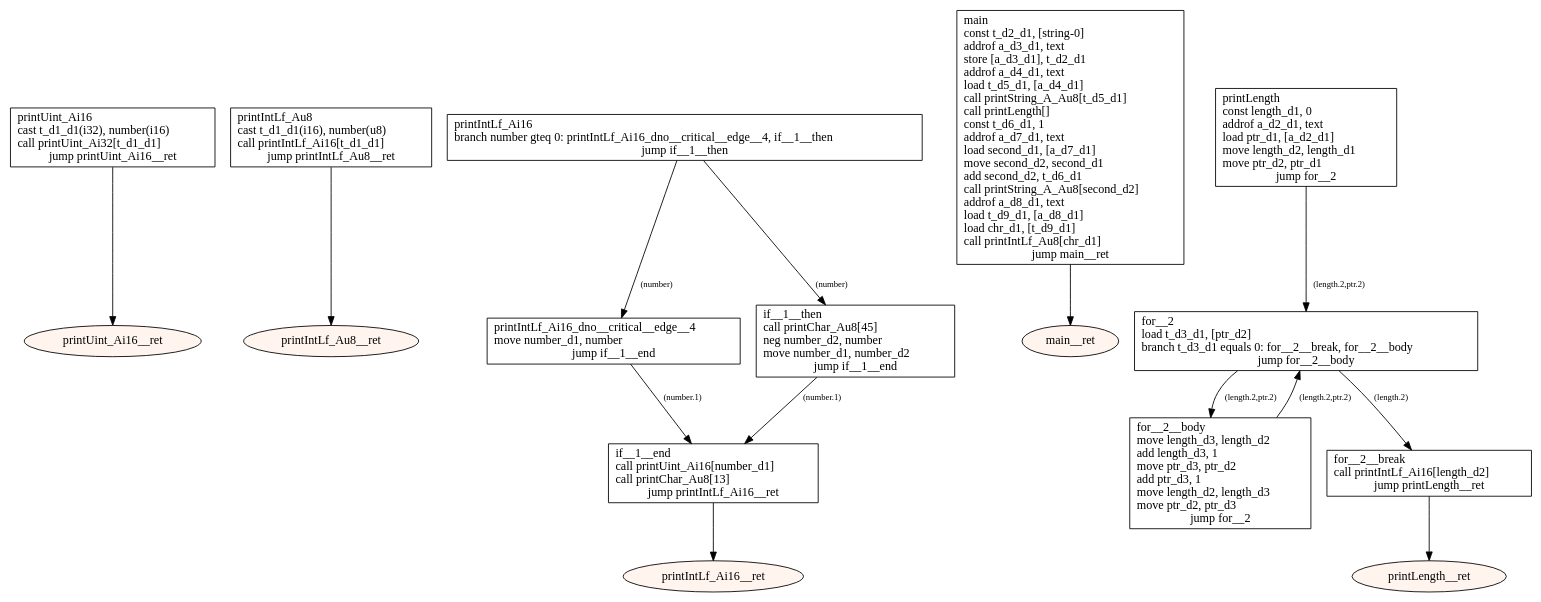
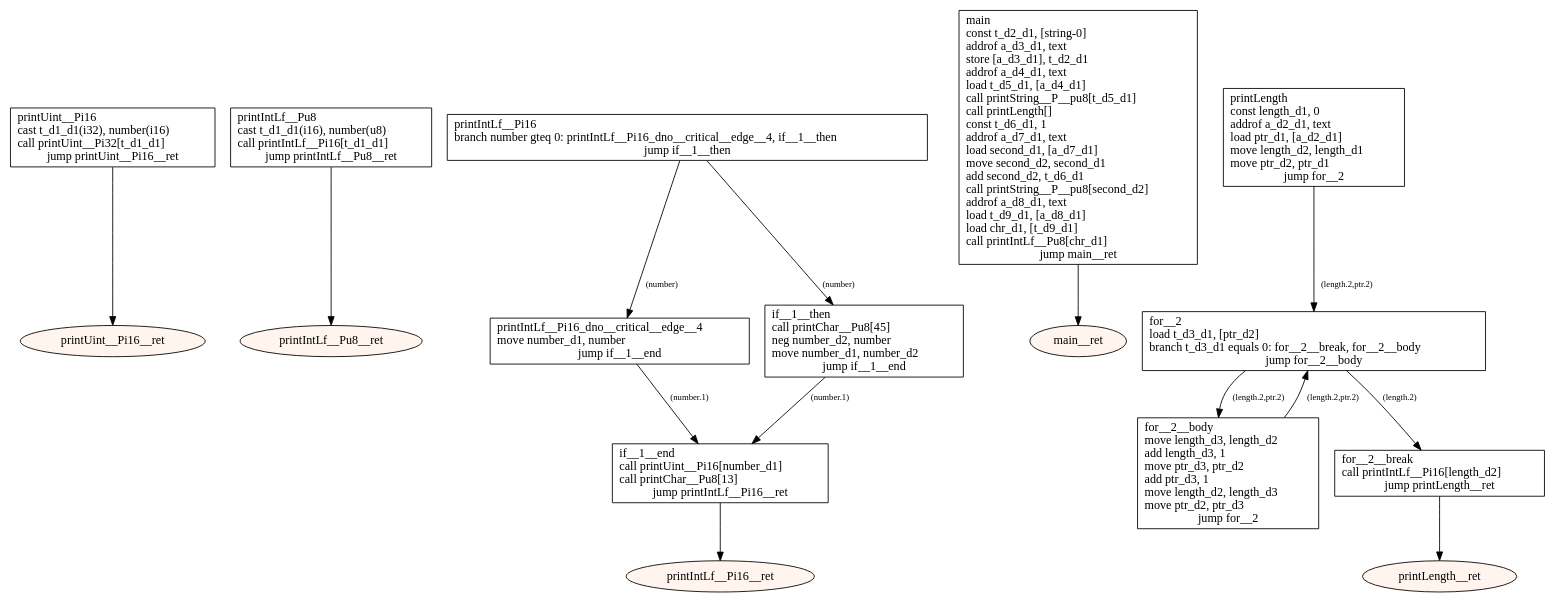
One commit to tmssngr/tinyC changed the diagram in src/main/resources-test/compiler/z8/strings.dot. Above: the diagram before and after it, drawn with Graphviz. The commit also changed 523 other files, not shown here.

```diff
--- a/src/main/resources-test/compiler/z8/strings.dot
+++ b/src/main/resources-test/compiler/z8/strings.dot
@@ -1,42 +1,42 @@
 digraph program {
 	edge[fontsize="10pt"];
-	subgraph fn_printUint_Ai16 {
-		BasicBlock_0_printUint_Ai16 [label="printUint_Ai16\lcast t_d1_d1(i32), number(i16)\lcall printUint_Ai32[t_d1_d1]\ljump printUint_Ai16__ret",shape=box];
-		BasicBlock_0_printUint_Ai16 -> BasicBlock_0_printUint_Ai16__ret;
-		BasicBlock_0_printUint_Ai16__ret [label="printUint_Ai16__ret",shape=oval,style=filled,fillcolor="#fff5ee"];
+	subgraph fn_printUint__Pi16 {
+		BasicBlock_0_printUint__Pi16 [label="printUint__Pi16\lcast t_d1_d1(i32), number(i16)\lcall printUint__Pi32[t_d1_d1]\ljump printUint__Pi16__ret",shape=box];
+		BasicBlock_0_printUint__Pi16 -> BasicBlock_0_printUint__Pi16__ret;
+		BasicBlock_0_printUint__Pi16__ret [label="printUint__Pi16__ret",shape=oval,style=filled,fillcolor="#fff5ee"];
 	}
-	subgraph fn_printIntLf_Au8 {
-		BasicBlock_1_printIntLf_Au8 [label="printIntLf_Au8\lcast t_d1_d1(i16), number(u8)\lcall printIntLf_Ai16[t_d1_d1]\ljump printIntLf_Au8__ret",shape=box];
-		BasicBlock_1_printIntLf_Au8 -> BasicBlock_1_printIntLf_Au8__ret;
-		BasicBlock_1_printIntLf_Au8__ret [label="printIntLf_Au8__ret",shape=oval,style=filled,fillcolor="#fff5ee"];
+	subgraph fn_printIntLf__Pu8 {
+		BasicBlock_1_printIntLf__Pu8 [label="printIntLf__Pu8\lcast t_d1_d1(i16), number(u8)\lcall printIntLf__Pi16[t_d1_d1]\ljump printIntLf__Pu8__ret",shape=box];
+		BasicBlock_1_printIntLf__Pu8 -> BasicBlock_1_printIntLf__Pu8__ret;
+		BasicBlock_1_printIntLf__Pu8__ret [label="printIntLf__Pu8__ret",shape=oval,style=filled,fillcolor="#fff5ee"];
 	}
-	subgraph fn_printIntLf_Ai16 {
-		BasicBlock_2_printIntLf_Ai16 [label="printIntLf_Ai16\lbranch number gteq 0: printIntLf_Ai16_dno__critical__edge__4, if__1__then\ljump if__1__then",shape=box];
-		BasicBlock_2_printIntLf_Ai16 -> BasicBlock_2_printIntLf_Ai16_dno__critical__edge__4 [label="(number)"];
-		BasicBlock_2_printIntLf_Ai16 -> BasicBlock_2_if__1__then [label="(number)"];
-		BasicBlock_2_printIntLf_Ai16_dno__critical__edge__4 [label="printIntLf_Ai16_dno__critical__edge__4\lmove number_d1, number\ljump if__1__end",shape=box];
-		BasicBlock_2_printIntLf_Ai16_dno__critical__edge__4 -> BasicBlock_2_if__1__end [label="(number.1)"];
-		BasicBlock_2_if__1__then [label="if__1__then\lcall printChar_Au8[45]\lneg number_d2, number\lmove number_d1, number_d2\ljump if__1__end",shape=box];
+	subgraph fn_printIntLf__Pi16 {
+		BasicBlock_2_printIntLf__Pi16 [label="printIntLf__Pi16\lbranch number gteq 0: printIntLf__Pi16_dno__critical__edge__4, if__1__then\ljump if__1__then",shape=box];
+		BasicBlock_2_printIntLf__Pi16 -> BasicBlock_2_printIntLf__Pi16_dno__critical__edge__4 [label="(number)"];
+		BasicBlock_2_printIntLf__Pi16 -> BasicBlock_2_if__1__then [label="(number)"];
+		BasicBlock_2_printIntLf__Pi16_dno__critical__edge__4 [label="printIntLf__Pi16_dno__critical__edge__4\lmove number_d1, number\ljump if__1__end",shape=box];
+		BasicBlock_2_printIntLf__Pi16_dno__critical__edge__4 -> BasicBlock_2_if__1__end [label="(number.1)"];
+		BasicBlock_2_if__1__then [label="if__1__then\lcall printChar__Pu8[45]\lneg number_d2, number\lmove number_d1, number_d2\ljump if__1__end",shape=box];
 		BasicBlock_2_if__1__then -> BasicBlock_2_if__1__end [label="(number.1)"];
-		BasicBlock_2_if__1__end [label="if__1__end\lcall printUint_Ai16[number_d1]\lcall printChar_Au8[13]\ljump printIntLf_Ai16__ret",shape=box];
-		BasicBlock_2_if__1__end -> BasicBlock_2_printIntLf_Ai16__ret;
-		BasicBlock_2_printIntLf_Ai16__ret [label="printIntLf_Ai16__ret",shape=oval,style=filled,fillcolor="#fff5ee"];
+		BasicBlock_2_if__1__end [label="if__1__end\lcall printUint__Pi16[number_d1]\lcall printChar__Pu8[13]\ljump printIntLf__Pi16__ret",shape=box];
+		BasicBlock_2_if__1__end -> BasicBlock_2_printIntLf__Pi16__ret;
+		BasicBlock_2_printIntLf__Pi16__ret [label="printIntLf__Pi16__ret",shape=oval,style=filled,fillcolor="#fff5ee"];
 	}
 	subgraph fn_main {
-		BasicBlock_3_main [label="main\lconst t_d2_d1, [string-0]\laddrof a_d3_d1, text\lstore [a_d3_d1], t_d2_d1\laddrof a_d4_d1, text\lload t_d5_d1, [a_d4_d1]\lcall printString_A_Au8[t_d5_d1]\lcall printLength[]\lconst t_d6_d1, 1\laddrof a_d7_d1, text\lload second_d1, [a_d7_d1]\lmove second_d2, second_d1\ladd second_d2, t_d6_d1\lcall printString_A_Au8[second_d2]\laddrof a_d8_d1, text\lload t_d9_d1, [a_d8_d1]\lload chr_d1, [t_d9_d1]\lcall printIntLf_Au8[chr_d1]\ljump main__ret",shape=box];
+		BasicBlock_3_main [label="main\lconst t_d2_d1, [string-0]\laddrof a_d3_d1, text\lstore [a_d3_d1], t_d2_d1\laddrof a_d4_d1, text\lload t_d5_d1, [a_d4_d1]\lcall printString__P__pu8[t_d5_d1]\lcall printLength[]\lconst t_d6_d1, 1\laddrof a_d7_d1, text\lload second_d1, [a_d7_d1]\lmove second_d2, second_d1\ladd second_d2, t_d6_d1\lcall printString__P__pu8[second_d2]\laddrof a_d8_d1, text\lload t_d9_d1, [a_d8_d1]\lload chr_d1, [t_d9_d1]\lcall printIntLf__Pu8[chr_d1]\ljump main__ret",shape=box];
 		BasicBlock_3_main -> BasicBlock_3_main__ret;
 		BasicBlock_3_main__ret [label="main__ret",shape=oval,style=filled,fillcolor="#fff5ee"];
 	}
 	subgraph fn_printLength {
 		BasicBlock_4_printLength [label="printLength\lconst length_d1, 0\laddrof a_d2_d1, text\lload ptr_d1, [a_d2_d1]\lmove length_d2, length_d1\lmove ptr_d2, ptr_d1\ljump for__2",shape=box];
 		BasicBlock_4_printLength -> BasicBlock_4_for__2 [label="(length.2,ptr.2)"];
 		BasicBlock_4_for__2__body [label="for__2__body\lmove length_d3, length_d2\ladd length_d3, 1\lmove ptr_d3, ptr_d2\ladd ptr_d3, 1\lmove length_d2, length_d3\lmove ptr_d2, ptr_d3\ljump for__2",shape=box];
 		BasicBlock_4_for__2__body -> BasicBlock_4_for__2 [label="(length.2,ptr.2)"];
 		BasicBlock_4_for__2 [label="for__2\lload t_d3_d1, [ptr_d2]\lbranch t_d3_d1 equals 0: for__2__break, for__2__body\ljump for__2__body",shape=box];
 		BasicBlock_4_for__2 -> BasicBlock_4_for__2__break [label="(length.2)"];
 		BasicBlock_4_for__2 -> BasicBlock_4_for__2__body [label="(length.2,ptr.2)"];
-		BasicBlock_4_for__2__break [label="for__2__break\lcall printIntLf_Ai16[length_d2]\ljump printLength__ret",shape=box];
+		BasicBlock_4_for__2__break [label="for__2__break\lcall printIntLf__Pi16[length_d2]\ljump printLength__ret",shape=box];
 		BasicBlock_4_for__2__break -> BasicBlock_4_printLength__ret;
 		BasicBlock_4_printLength__ret [label="printLength__ret",shape=oval,style=filled,fillcolor="#fff5ee"];
 	}
 }
```
